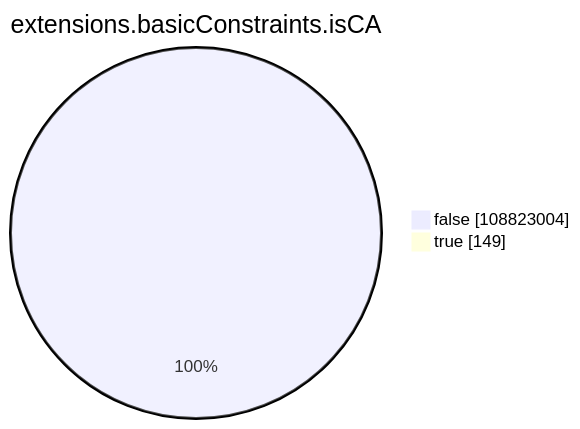
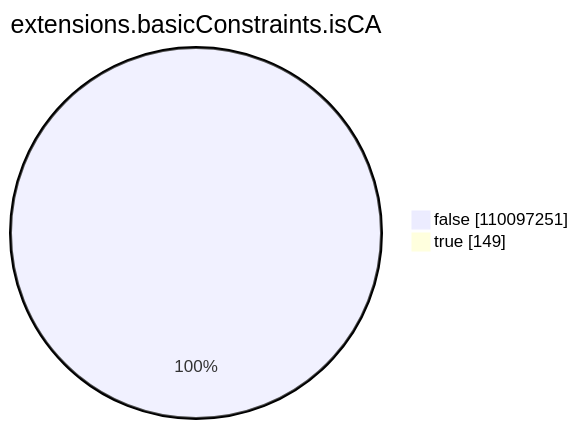
One commit to christiankrug/ctmonitor_visualization changed the seventh of 15 diagrams in xenon2023/README.md. Above: the diagram before and after it, drawn with Mermaid. The commit also changed other lines of this file, not shown here.

````diff
--- a/xenon2023/README.md
+++ b/xenon2023/README.md
@@ -2130,6 +2138,6 @@
 ```mermaid
 pie showData
 title extensions.basicConstraints.isCA
-"false" :108823004
+"false" :110097251
 "true" :149
 ```
````
